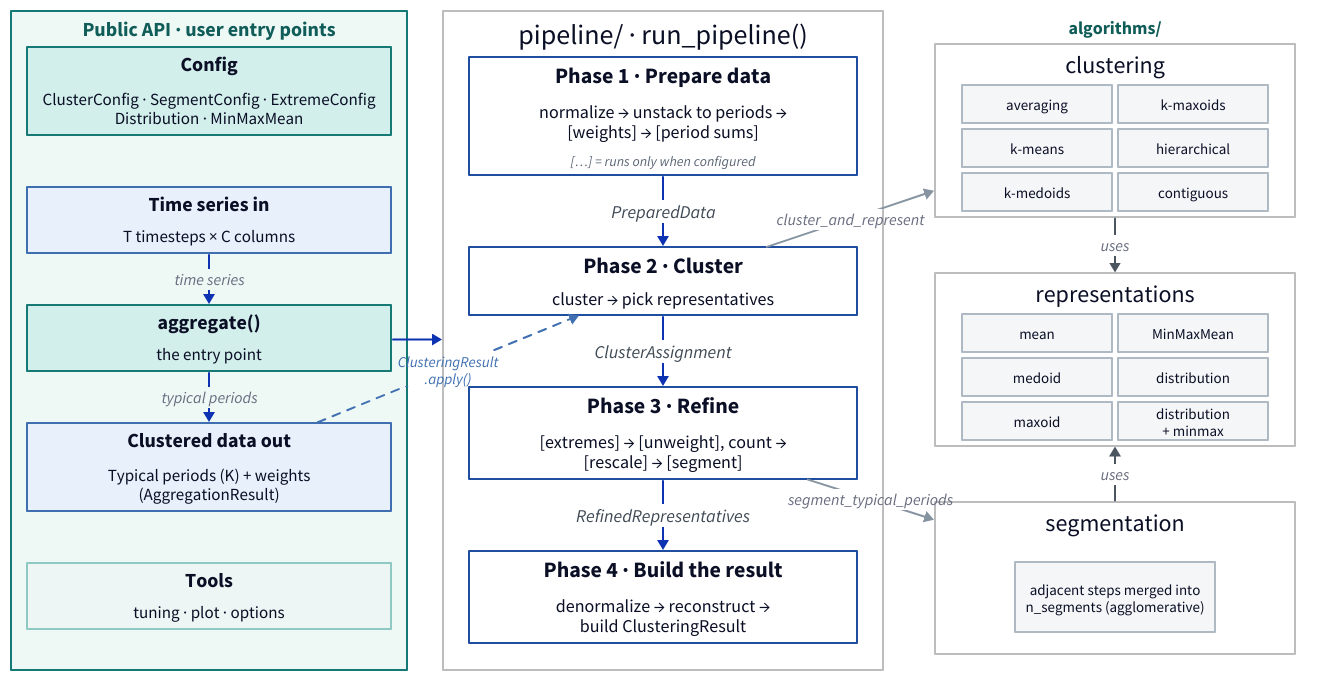
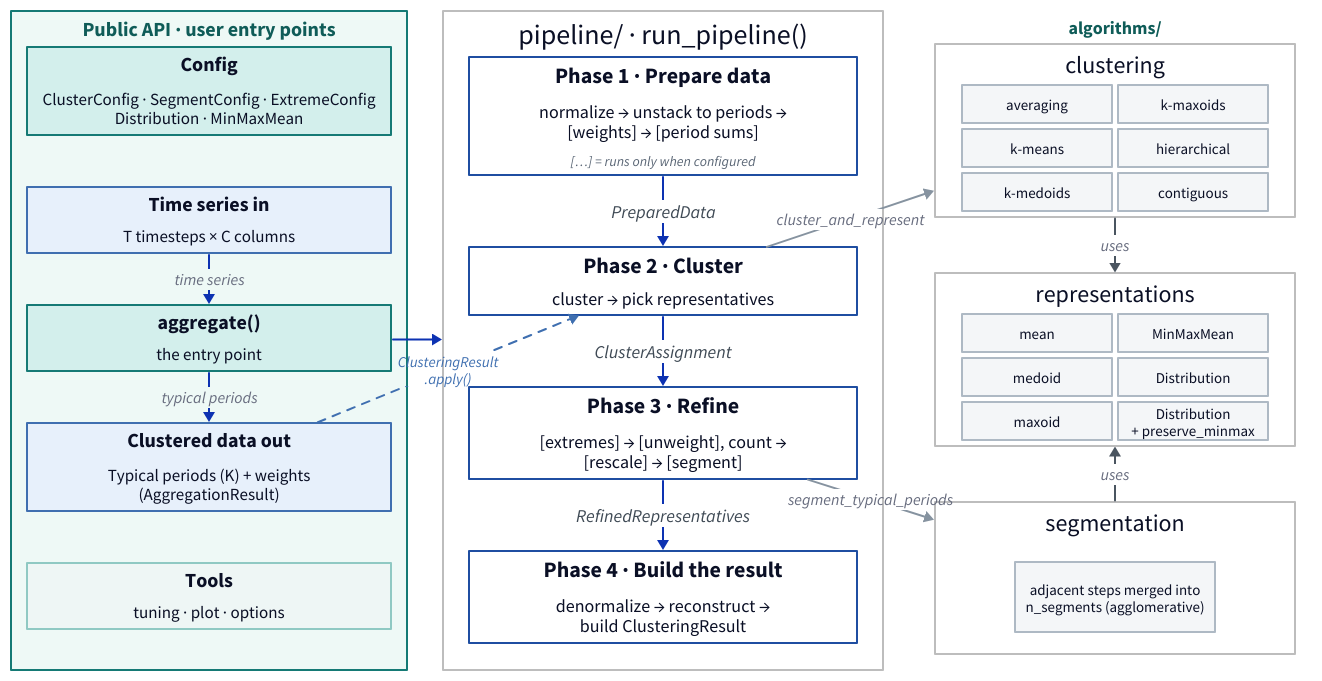
The diagram in docs/assets/architecture/pipeline_diagram.d2 (FZJ-IEK3-VSA/tsam), drawn with D2 before and after one commit. The commit also changed 30 other files, not shown here.

First line of the commit message:
fix: reject the "distribution" and "distribution_minmax" representation strings (#489)

```diff
--- a/docs/assets/architecture/pipeline_diagram.d2
+++ b/docs/assets/architecture/pipeline_diagram.d2
@@ -1,198 +1,198 @@
 # Pipeline architecture diagram — user data flow (time series in -> aggregate()
 # -> clustered data out), the four-phase run_pipeline(), and the clustering /
 # representation / segmentation options. Compact and A4-printable. Regenerate:
 #   d2 pipeline_diagram.d2 pipeline_diagram.svg
 
 direction: down
 
 vars: {
   d2-config: { pad: 6 }
 }
 
 classes: {
   side: { style: { fill: transparent; stroke: "#bdbdbd" } }
   pad: { style: { fill: transparent; stroke: transparent } }
   # green wrapper around the whole public API column (the user's entry points)
   api_group: { style: { fill: "#eef9f6"; stroke: "#157a75"; stroke-width: 2; bold: true; font-size: 20; font-color: "#0f5c58" } }
   # first-class public API (aggregate + config + results): prominent teal
   public: { style: { fill: "#d3efec"; stroke: "#157a75"; stroke-width: 2; bold: false; font-size: 18 } }
   # secondary public tools: lighter teal
   tool: { style: { fill: "#eef6f5"; stroke: "#8fc9c3"; bold: false; font-size: 16 } }
   # user data (time series in / clustered data out) — blue, distinct from the API
   data: { style: { fill: "#e7f0fb"; stroke: "#3f6fb0"; stroke-width: 2 } }
   # public-box title (bold) + body (normal) sub-nodes — same split as the phases
   # (d2 can't bold only part of a single label without markdown, which drops the
   # fill/border); fixed width keeps every box equal width and the text centred.
   pub_title: { width: 360; height: 30; style: { fill: transparent; stroke: transparent; bold: true; font-size: 20 } }
   pub_body: { width: 360; height: 30; style: { fill: transparent; stroke: transparent; bold: false; font-size: 17 } }
   # phase container holds a bold title sub-node + a normal-weight body sub-node
   # (d2 cannot bold only part of a single label without markdown, which drops
   # the box border — so the two weights are two borderless sub-nodes).
   phase: { style: { fill: "#ffffff"; stroke: "#1f4ea1"; stroke-width: 2 } }
   # fixed widths so every phase box is the same width and the centered text
   # lands on the box centre (d2 left-aligns content when it stretches a narrower
   # sibling to match the widest one).
   phase_title: { width: 384; height: 32; style: { fill: transparent; stroke: transparent; bold: true; font-size: 22 } }
   phase_body: { width: 384; height: 30; style: { fill: transparent; stroke: transparent; bold: false; font-size: 18 } }
   # faint caption row under a phase body — carries the key for the [ … ] marks
   # that flag the stages which run only when the caller configures them.
   phase_tag: { width: 384; style: { fill: transparent; stroke: transparent; bold: false; italic: true; font-size: 14; font-color: "#5a6675" } }
   # individual option chips — fixed width so all three groups are equal width
   opt: { width: 150; height: 38; style: { fill: "#f4f6f8"; stroke: "#aeb9c4"; bold: false; font-size: 15 } }
   conn: { style: { stroke: "#8693a0" } }
 }
 
 grid-columns: 3
 grid-gap: 36
 vertical-gap: 20
 
 # ── Left: public API (config → aggregate → results) + tools ────────────────
 # grid-gap doubles as the container's inner padding, so it is kept tiny (4) to
 # keep the outer boxes tight; the vertical spacing comes from transparent spacer
 # rows whose heights are tuned to fill the column to the tallest (right) one.
 lcol: "Public API · user entry points" {
   class: api_group
   grid-columns: 1
   grid-gap: 16
   cfg: "" {
     class: public
     grid-rows: 2
     grid-gap: 2
     title: "Config" { class: pub_title }
     body: "ClusterConfig · SegmentConfig · ExtremeConfig\nDistribution · MinMaxMean" { class: pub_body; height: 52 }
   }
   gap0: "" { class: pad; width: 10; height: 20 }
   ts: "" {
     class: data
     grid-rows: 2
     grid-gap: 2
     title: "Time series in" { class: pub_title }
     body: "T timesteps × C columns" { class: pub_body }
   }
   gapA: "" { class: pad; width: 10; height: 20 }
   api: "" {
     class: public
     grid-rows: 2
     grid-gap: 2
     title: "aggregate()" { class: pub_title }
     body: "the entry point" { class: pub_body }
   }
   gapB: "" { class: pad; width: 10; height: 20 }
   res: "" {
     class: data
     grid-rows: 2
     grid-gap: 2
     title: "Clustered data out" { class: pub_title }
     body: "Typical periods (K) + weights\n(AggregationResult)" { class: pub_body; height: 52 }
   }
   gapC: "" { class: pad; width: 10; height: 20 }
   tools: "" {
     class: tool
     grid-rows: 2
     grid-gap: 2
     title: "Tools" { class: pub_title }
     body: "tuning · plot · options" { class: pub_body }
   }
   ts -> api: "time series"
   api -> res: "typical periods"
 }
 
 # ── Center: the four phases (bold title + stage names) ─────────────────────
 pipeline: "pipeline/ · run_pipeline()" {
   class: side
   grid-columns: 1
   grid-gap: 26
 
   p1: "" {
     class: phase
     grid-rows: 3
     grid-gap: 2
     title: "Phase 1 · Prepare data" { class: phase_title }
     body: "normalize → unstack to periods →\n[weights] → [period sums]" { class: phase_body; height: 54 }
     tag: "[…] = runs only when configured" { class: phase_tag; height: 24 }
   }
   gap1: "" { class: pad; width: 10; height: 20 }
   p2: "" {
     class: phase
     grid-rows: 3
     grid-gap: 2
     title: "Phase 2 · Cluster" { class: phase_title }
     body: "cluster → pick representatives" { class: phase_body }
   }
   gap2: "" { class: pad; width: 10; height: 20 }
   p3: "" {
     class: phase
     grid-rows: 2
     grid-gap: 2
     title: "Phase 3 · Refine" { class: phase_title }
     body: "[extremes] → [unweight], count →\n[rescale] → [segment]" { class: phase_body; height: 54 }
   }
   gap3: "" { class: pad; width: 10; height: 20 }
   p4: "" {
     class: phase
     grid-rows: 2
     grid-gap: 2
     title: "Phase 4 · Build the result" { class: phase_title }
     body: "denormalize → reconstruct →\nbuild ClusteringResult" { class: phase_body; height: 54 }
   }
 
   p1 -> p2: "PreparedData" { style.font-size: 18; style.font-color: "#3f4a55" }
   p2 -> p3: "ClusterAssignment" { style.font-size: 18; style.font-color: "#3f4a55" }
   p3 -> p4: "RefinedRepresentatives" { style.font-size: 18; style.font-color: "#3f4a55" }
 }
 
 # ── Right: algorithms/ — config-agnostic kernels the stages dispatch to ────
 rcol: "algorithms/" {
   class: pad
   style.font-size: 18
   style.font-color: "#0f5c58"
   style.bold: true
   grid-columns: 1
   grid-gap: 16
 
   clu_back: "clustering" {
     class: side
     width: 360
     grid-columns: 2
     grid-gap: 6
     m1: "averaging" { class: opt }
     m2: "k-means" { class: opt }
     m3: "k-medoids" { class: opt }
     m4: "k-maxoids" { class: opt }
     m5: "hierarchical" { class: opt }
     m6: "contiguous" { class: opt }
   }
 
   gapR1: "" { class: pad; width: 10; height: 24 }
   reps: "representations" {
     class: side
     width: 360
     grid-columns: 2
     grid-gap: 6
     r1: "mean" { class: opt }
     r2: "medoid" { class: opt }
     r3: "maxoid" { class: opt }
     r4: "MinMaxMean" { class: opt }
-    r5: "distribution" { class: opt }
-    r6: "distribution\n+ minmax" { class: opt }
+    r5: "Distribution" { class: opt }
+    r6: "Distribution\n+ preserve_minmax" { class: opt }
   }
 
   gapR2: "" { class: pad; width: 10; height: 24 }
   seg_back: "segmentation" {
     class: side
     width: 360
     height: 152
     grid-columns: 1
     s1: "adjacent steps merged into\nn_segments (agglomerative)" { class: opt; height: 70; width: 200 }
   }
 }
 
 # ── Edges ─────────────────────────────────────────────────────────────────
 lcol.api -> pipeline
 pipeline.p2 -> rcol.clu_back: "cluster_and_represent" { class: conn }
 pipeline.p3 -> rcol.seg_back: "segment_typical_periods" { class: conn }
 rcol.clu_back -> rcol.reps: "uses" { style: { stroke: "#4a5560"; stroke-width: 2 } }
 rcol.seg_back -> rcol.reps: "uses" { style: { stroke: "#4a5560"; stroke-width: 2 } }
 
 # transfer path: reuse a fitted clustering on new data (skips the clustering step)
 lcol.res -> pipeline.p2: "ClusteringResult\n.apply()" { style: { stroke-dash: 4; stroke: "#3f6fb0"; font-size: 15; font-color: "#3f6fb0" } }
```
